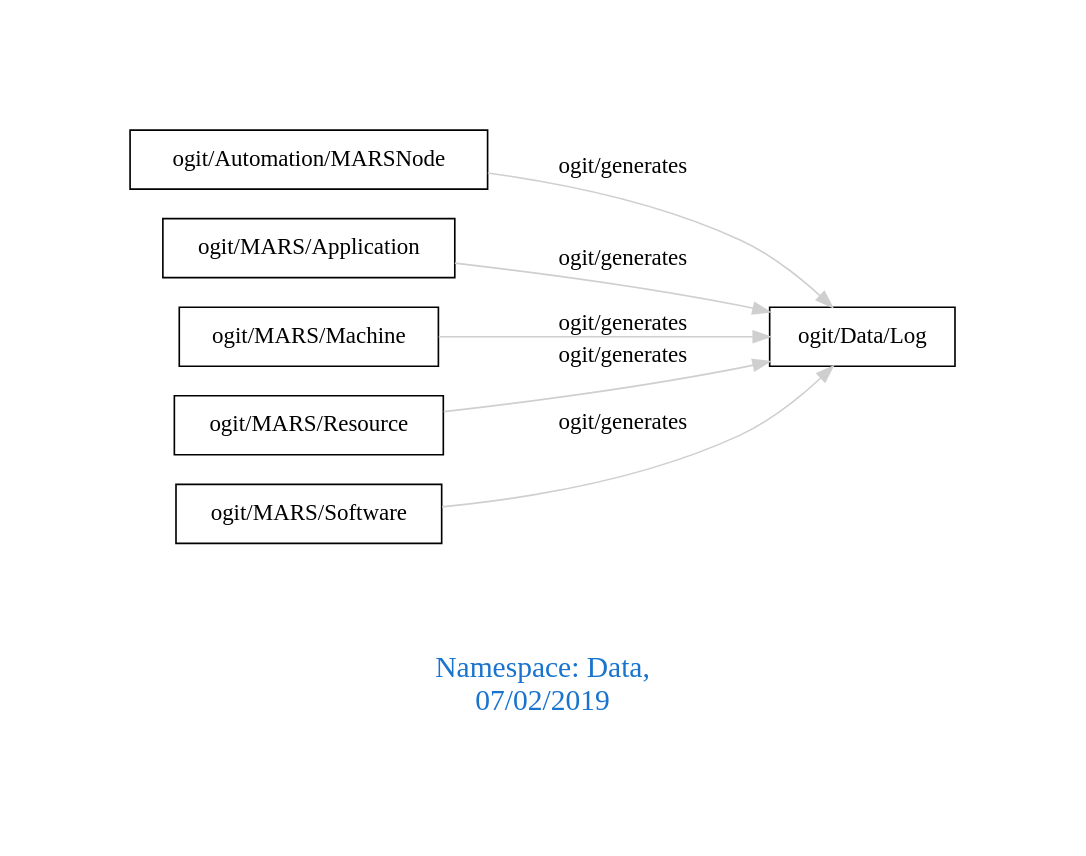
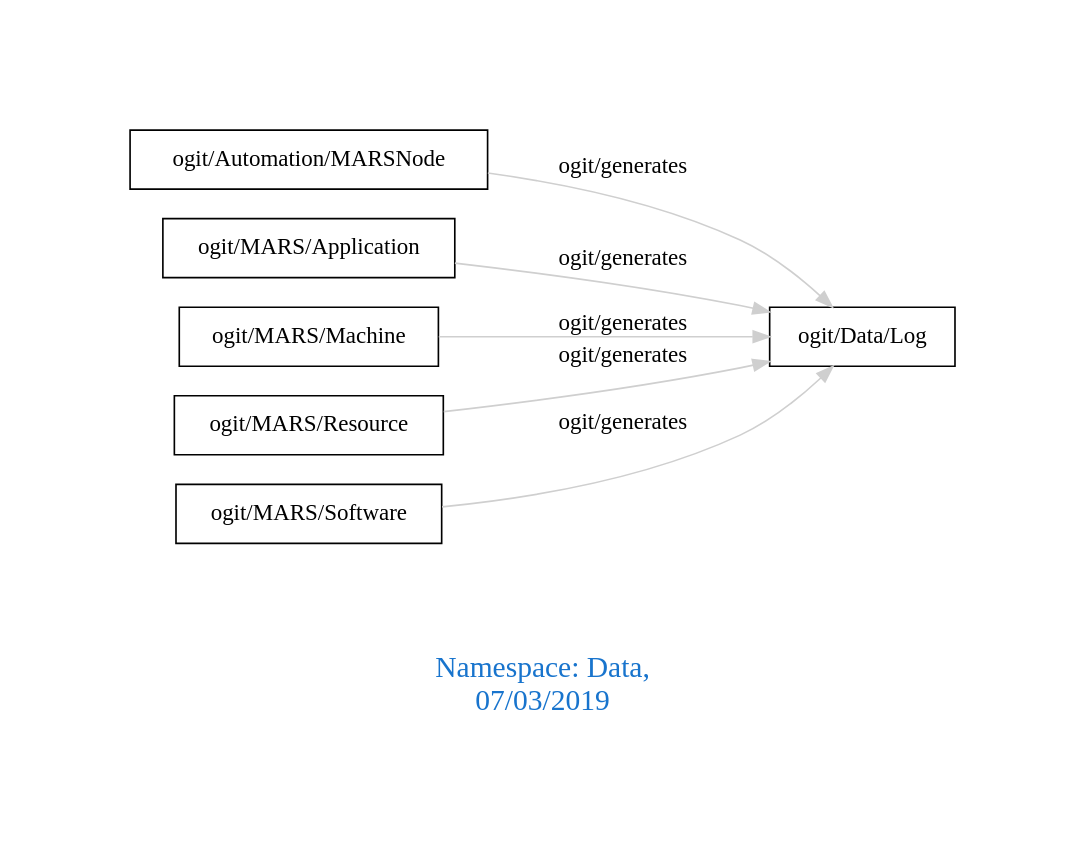
Before and after one commit to arago/OGIT: the diagram in downloads/Data.dot, drawn with Graphviz. The commit also changed 1414 other files, not shown here.

```diff
--- a/downloads/Data.dot
+++ b/downloads/Data.dot
@@ -1,13 +1,13 @@
 digraph OGIT_ontology {
  graph [ rankdir= LR,pad=1 
 fontsize = 18,
-fontcolor= dodgerblue3,label = "\n\n\nNamespace: Data, \n 07/02/2019"];
+fontcolor= dodgerblue3,label = "\n\n\nNamespace: Data, \n 07/03/2019"];
 node[shape=polygon];
 edge [  color="gray81"];
 
    "ogit/Automation/MARSNode" -> "ogit/Data/Log" [label="   ogit/generates    "];
    "ogit/MARS/Application" -> "ogit/Data/Log" [label="   ogit/generates    "];
    "ogit/MARS/Machine" -> "ogit/Data/Log" [label="   ogit/generates    "];
    "ogit/MARS/Resource" -> "ogit/Data/Log" [label="   ogit/generates    "];
    "ogit/MARS/Software" -> "ogit/Data/Log" [label="   ogit/generates    "];
 }
```
